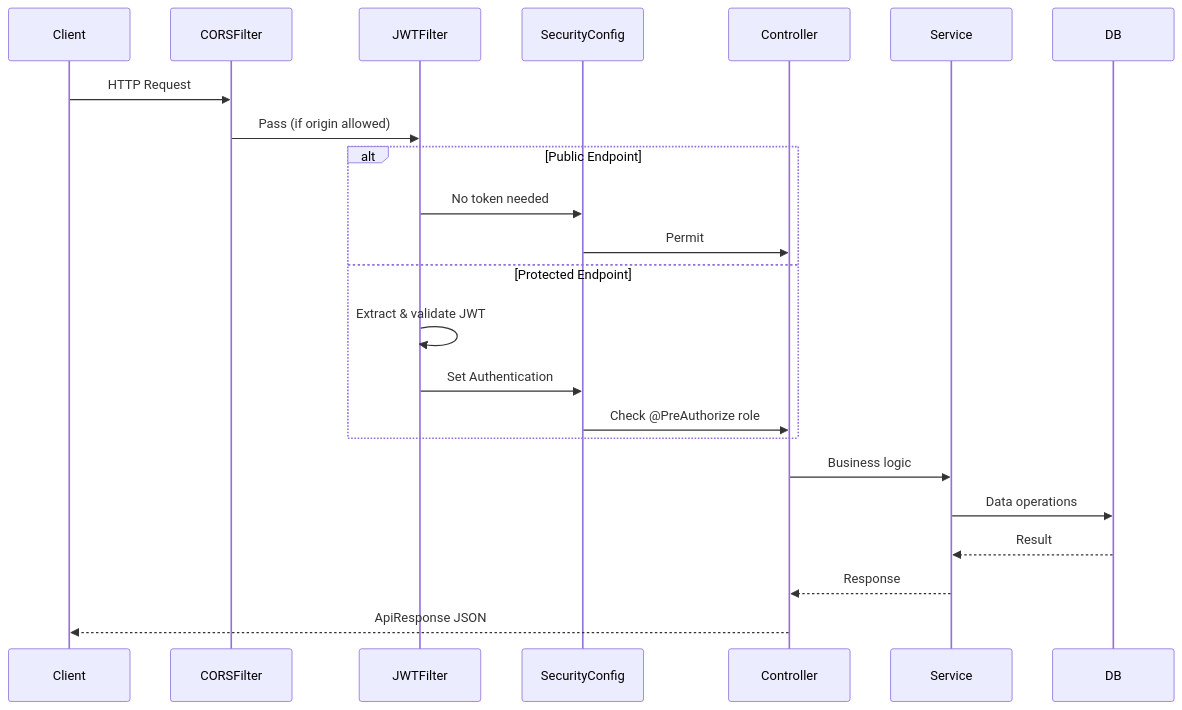
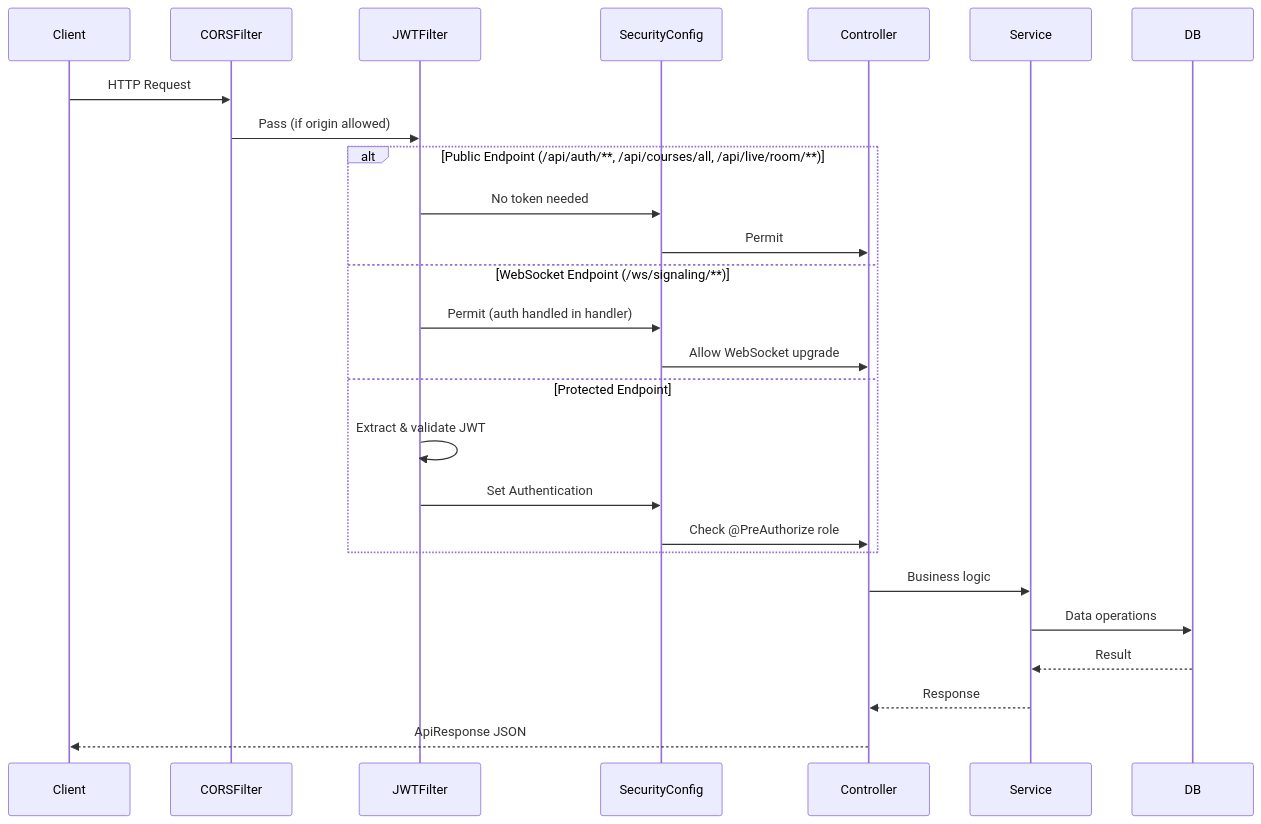
One commit to SanatanRana/lms-backend changed the seventh of 10 diagrams in README.md. Above: the diagram before and after it, drawn with Mermaid. The commit also changed other lines of this file, not shown here.

Commit message:
docs: comprehensive README with architecture, features, WebSocket protocol, ER diagrams

````diff
--- a/README.md
+++ b/README.md
@@ -998,28 +1203,31 @@
 ```mermaid
 sequenceDiagram
     participant Client
     participant CORSFilter
     participant JWTFilter
     participant SecurityConfig
     participant Controller
     participant Service
     participant DB
 
     Client->>CORSFilter: HTTP Request
     CORSFilter->>JWTFilter: Pass (if origin allowed)
     
-    alt Public Endpoint
+    alt Public Endpoint (/api/auth/**, /api/courses/all, /api/live/room/**)
         JWTFilter->>SecurityConfig: No token needed
         SecurityConfig->>Controller: Permit
+    else WebSocket Endpoint (/ws/signaling/**)
+        JWTFilter->>SecurityConfig: Permit (auth handled in handler)
+        SecurityConfig->>Controller: Allow WebSocket upgrade
     else Protected Endpoint
         JWTFilter->>JWTFilter: Extract & validate JWT
         JWTFilter->>SecurityConfig: Set Authentication
         SecurityConfig->>Controller: Check @PreAuthorize role
     end
     
     Controller->>Service: Business logic
     Service->>DB: Data operations
     DB-->>Service: Result
     Service-->>Controller: Response
     Controller-->>Client: ApiResponse JSON
 ```
````
